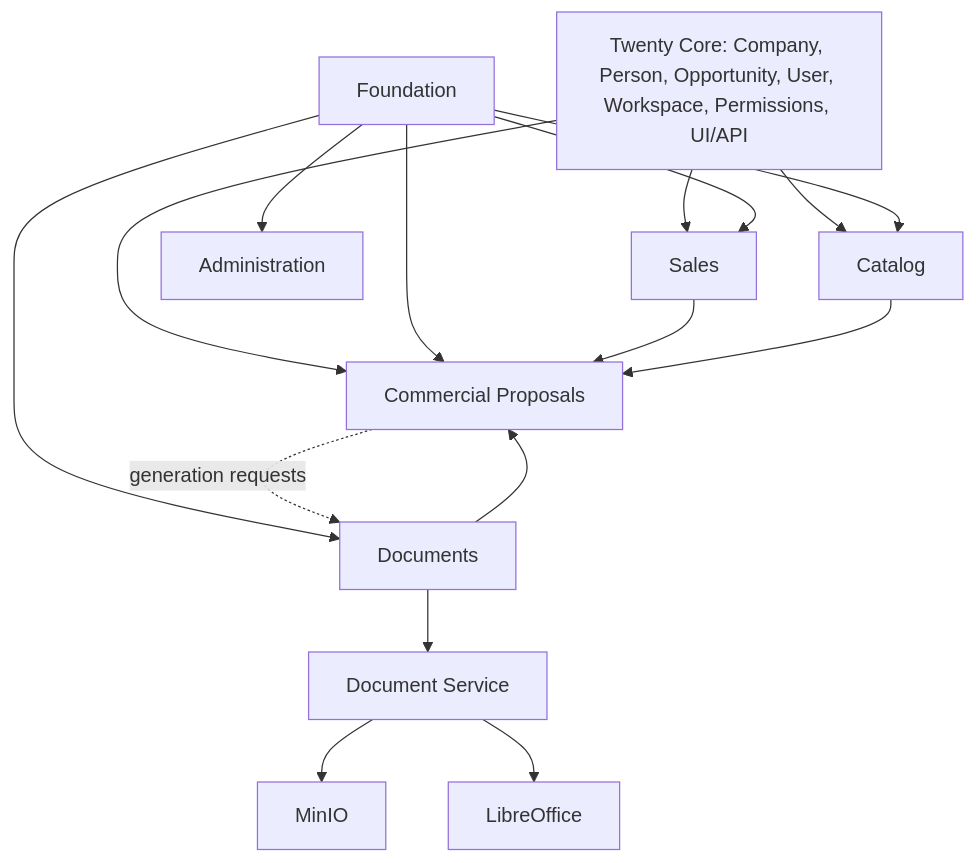
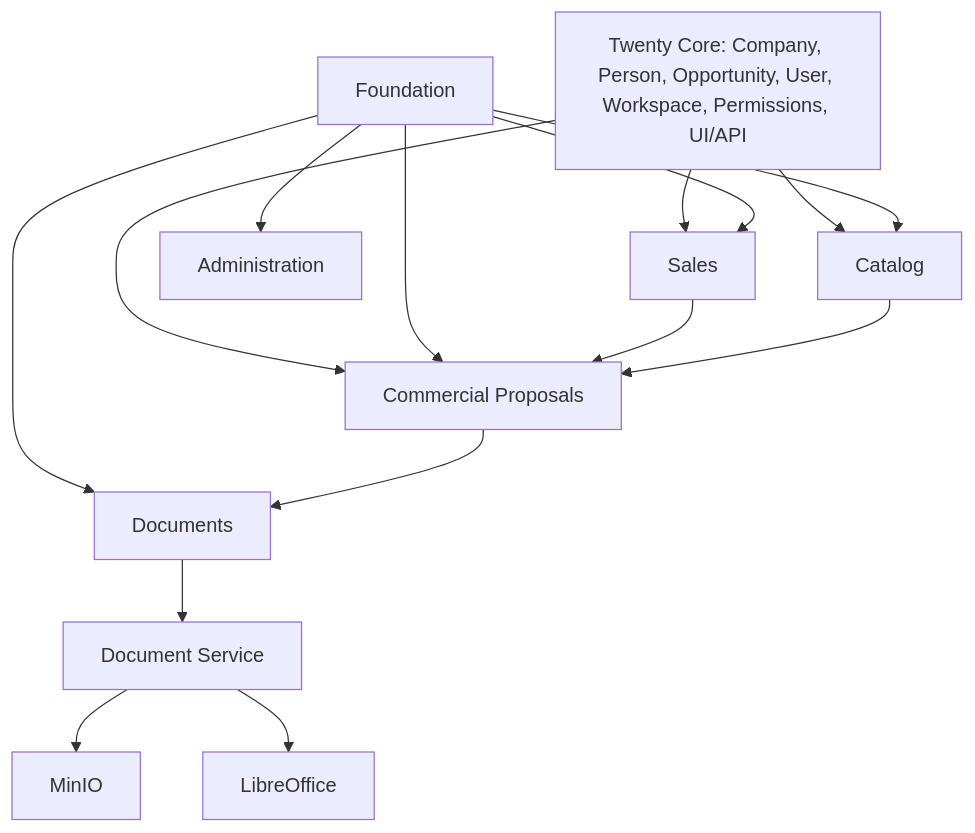
Before and after one commit to RandRusName/TwentyBusinessKit: the diagram in docs/architecture/context-map.md, drawn with Mermaid. The commit also changed other lines of this file and 41 other files, not shown here.

````diff
--- a/docs/architecture/context-map.md
+++ b/docs/architecture/context-map.md
@@ -3,29 +3,28 @@
 ```mermaid
 flowchart TB
   Core["Twenty Core: Company, Person, Opportunity, User, Workspace, Permissions, UI/API"]
   Sales["Sales"]
   Catalog["Catalog"]
   Proposals["Commercial Proposals"]
   Documents["Documents"]
   Admin["Administration"]
   Foundation["Foundation"]
   Worker["Document Service"]
   Storage["MinIO"]
   Pdf["LibreOffice"]
 
   Core --> Sales
   Core --> Proposals
   Core --> Catalog
   Foundation --> Sales
   Foundation --> Catalog
   Foundation --> Documents
   Foundation --> Proposals
   Foundation --> Admin
   Sales --> Proposals
   Catalog --> Proposals
-  Documents --> Proposals
-  Proposals -.->|generation requests| Documents
+  Proposals --> Documents
   Documents --> Worker
   Worker --> Storage
   Worker --> Pdf
 ```
````
